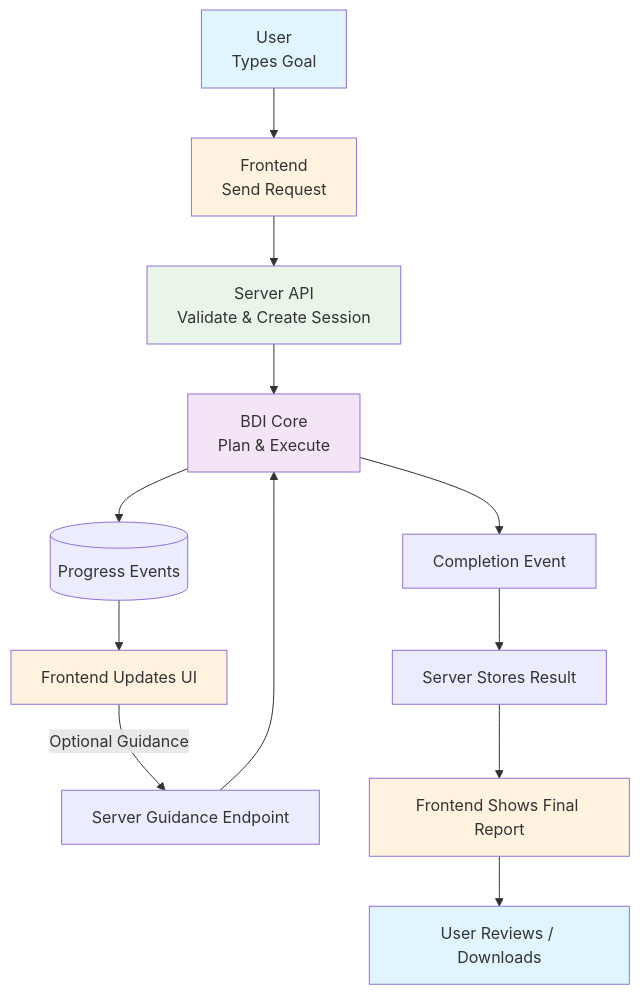
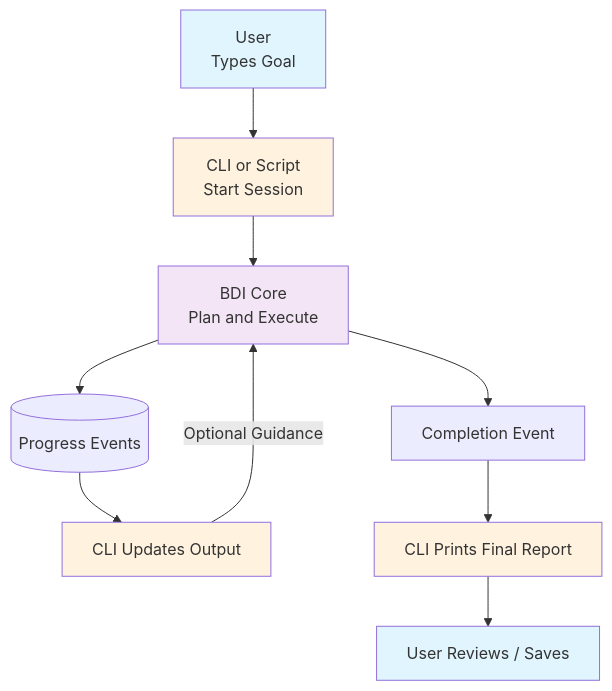
The diagram in docs/user-flow.md (douglaschalegre/pydantic-ai-bdi), drawn with Mermaid before and after one commit. The commit also changed other lines of this file and 25 other files, not shown here.

Commit message:
Remove frontend and server components, including FastAPI integration, mock backend, and related types. Clean up project structure by deleting unused files and dependencies.

````diff
--- a/docs/user-flow.md
+++ b/docs/user-flow.md
@@ -88,22 +61,18 @@
 ```mermaid
 graph TD
-   U[User<br/>Types Goal] --> FE[Frontend<br/>Send Request]
-   FE --> S[Server API<br/>Validate & Create Session]
-   S --> BDI[BDI Core<br/>Plan & Execute]
-   BDI --> S2[(Progress Events)]
-   S2 --> FE2[Frontend Updates UI]
-   FE2 -->|Optional Guidance| S3[Server Guidance Endpoint]
-   S3 --> BDI
+   U[User<br/>Types Goal] --> CLI[CLI or Script<br/>Start Session]
+   CLI --> BDI[BDI Core<br/>Plan and Execute]
+   BDI --> P[(Progress Events)]
+   P --> CLI2[CLI Updates Output]
+   CLI2 -->|Optional Guidance| BDI
    BDI --> C[Completion Event]
-   C --> S4[Server Stores Result]
-   S4 --> FE3[Frontend Shows Final Report]
-   FE3 --> U2[User Reviews / Downloads]
+   C --> CLI3[CLI Prints Final Report]
+   CLI3 --> U2[User Reviews / Saves]
 
    style U fill:#e1f5fe
-   style FE fill:#fff3e0
-   style S fill:#e8f5e8
+   style CLI fill:#fff3e0
    style BDI fill:#f3e5f5
-   style FE2 fill:#fff3e0
-   style FE3 fill:#fff3e0
+   style CLI2 fill:#fff3e0
+   style CLI3 fill:#fff3e0
    style U2 fill:#e1f5fe
 ```
````
